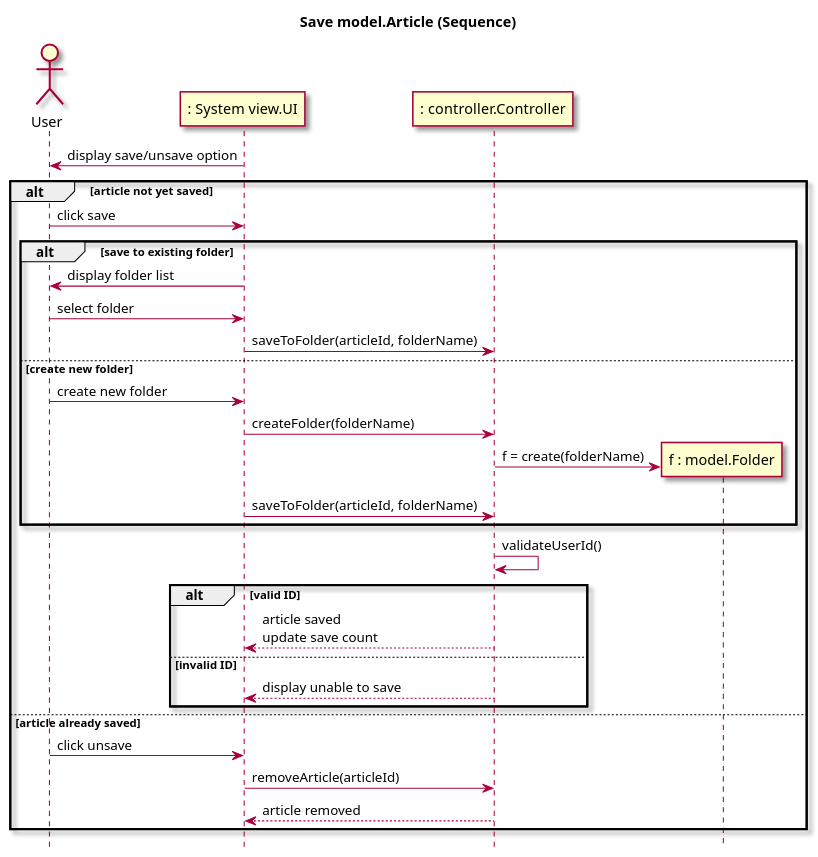
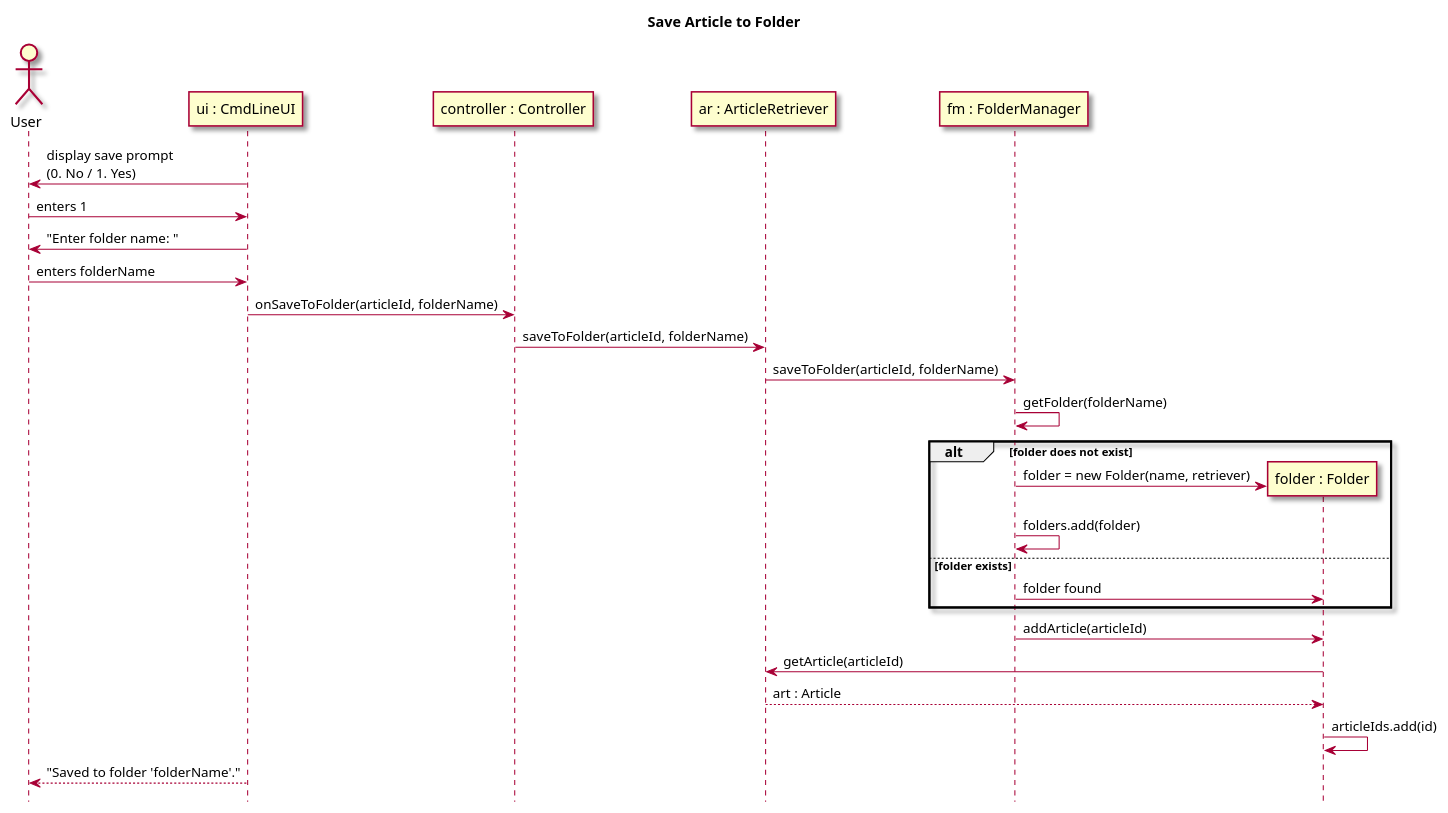
The second of 4 diagrams in intellij/doc/use-cases/save-article.md (owhitleym-ui/EcoScoop), drawn with PlantUML before and after one commit. The commit also changed other lines of this file and 8 other files, not shown here.

Commit message:
Updated Sequence Diagrams

````diff
--- a/intellij/doc/use-cases/save-article.md
+++ b/intellij/doc/use-cases/save-article.md
@@ -70,45 +70,39 @@
 ```plantuml
-@startuml@startuml
+@startuml
 skin rose
 hide footbox
-title Save model.Article (Sequence)
+title Save Article to Folder
 
-actor User
-participant ": System view.UI" as view.UI
-participant ": controller.Controller" as controller.Controller
-participant "f : model.Folder" as model.Folder
+actor User as user
+participant "ui : CmdLineUI" as UI
+participant "controller : Controller" as controller
+participant "ar : ArticleRetriever" as AR
+participant "fm : FolderManager" as FM
 
-view.UI -> User : display save/unsave option
+UI -> user : display save prompt\n(0. No / 1. Yes)
+user -> UI : enters 1
+UI -> user : "Enter folder name: "
+user -> UI : enters folderName
+UI -> controller : onSaveToFolder(articleId, folderName)
+controller -> AR : saveToFolder(articleId, folderName)
+AR -> FM : saveToFolder(articleId, folderName)
+FM -> FM : getFolder(folderName)
 
-alt article not yet saved
-    User -> view.UI : click save
+alt folder does not exist
+  create participant "folder : Folder" as F
+  FM -> F : folder = new Folder(name, retriever)
+  FM -> FM : folders.add(folder)
+else folder exists
+  FM -> F : folder found
+end
 
-    alt save to existing folder
-        view.UI -> User : display folder list
-        User -> view.UI : select folder
-        view.UI -> controller.Controller : saveToFolder(articleId, folderName)
+FM -> F : addArticle(articleId)
+F -> AR : getArticle(articleId)
+AR --> F : art : Article
+F -> F : articleIds.add(id)
 
-    else create new folder
-        User -> view.UI : create new folder
-        view.UI -> controller.Controller : createFolder(folderName)
-        controller.Controller -> model.Folder ** : f = create(folderName)
-        view.UI -> controller.Controller : saveToFolder(articleId, folderName)
-    end
-
-    controller.Controller -> controller.Controller : validateUserId()
-
-    alt valid ID
-        controller.Controller --> view.UI : article saved\nupdate save count
-    else invalid ID
-        controller.Controller --> view.UI : display unable to save
-    end
-
-else article already saved
-    User -> view.UI : click unsave
-    view.UI -> controller.Controller : removeArticle(articleId)
-    controller.Controller --> view.UI : article removed
-end
+UI --> user : "Saved to folder 'folderName'."
 
 @enduml
 
 ```
````
